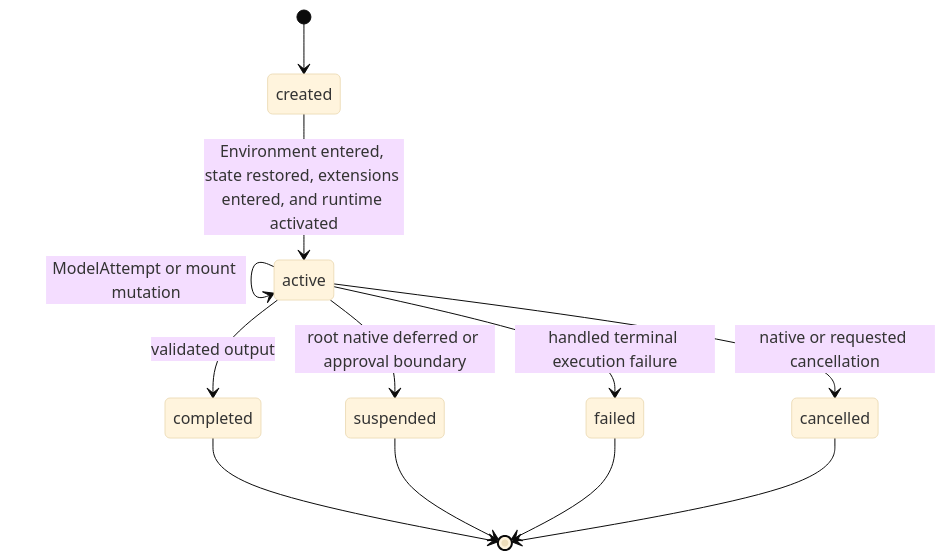
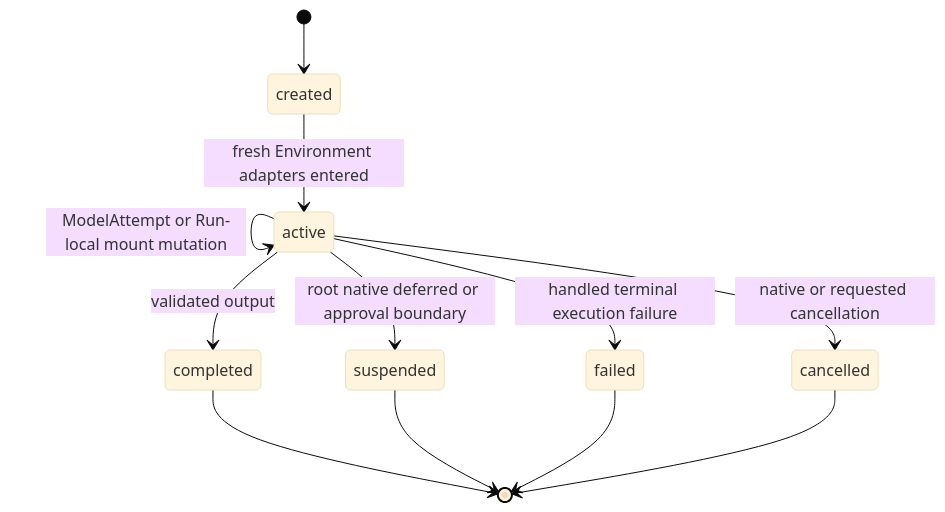
The first of 2 diagrams in spec/agent-harness/06-execution-context-and-lifecycle.md (LTThreeComma/agent-foundation), drawn with Mermaid (base theme) before and after one commit. The commit also changed other lines of this file and 188 other files, not shown here.

````diff
--- a/spec/agent-harness/06-execution-context-and-lifecycle.md
+++ b/spec/agent-harness/06-execution-context-and-lifecycle.md
@@ -70,14 +66,14 @@
 ```mermaid
 stateDiagram-v2
     [*] --> created
-    created --> active: Environment entered, state restored, extensions entered, and runtime activated
-    active --> active: ModelAttempt or mount mutation
+    created --> active: fresh Environment adapters entered
+    active --> active: ModelAttempt or Run-local mount mutation
     active --> completed: validated output
     active --> suspended: root native deferred or approval boundary
     active --> failed: handled terminal execution failure
     active --> cancelled: native or requested cancellation
     completed --> [*]
     suspended --> [*]
     failed --> [*]
     cancelled --> [*]
 ```
````
